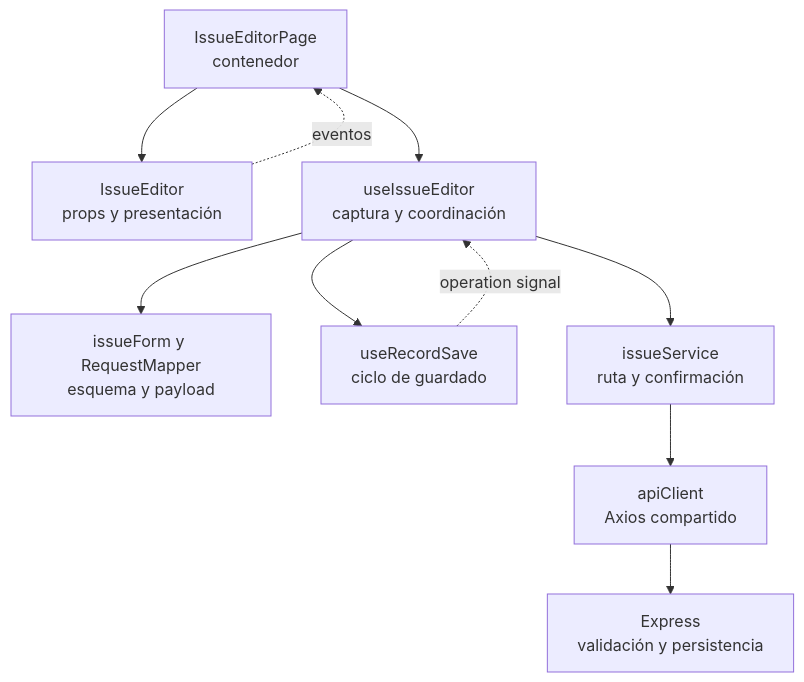
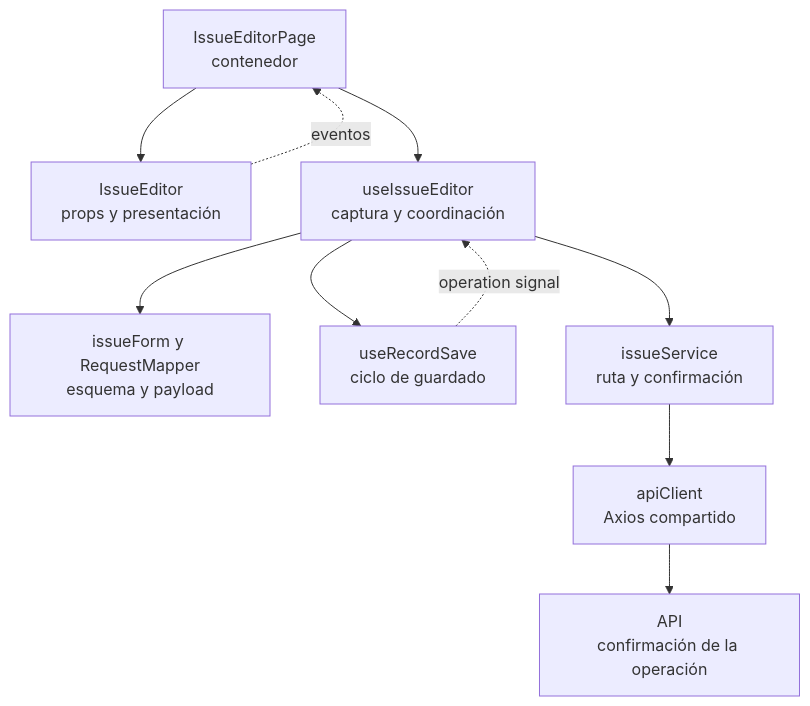
One commit to gpgsistemas01/nexus changed the first of 3 diagrams in front/docs/architecture/views/development/design-and-construction-patterns/08-document-responsibilities.md. Above: the diagram before and after it, drawn with Mermaid. The commit also changed other lines of this file and 37 other files, not shown here.

Commit message:
docs: depurar diagramas y conservar contratos propios del frontend

````diff
--- a/front/docs/architecture/views/development/design-and-construction-patterns/08-document-responsibilities.md
+++ b/front/docs/architecture/views/development/design-and-construction-patterns/08-document-responsibilities.md
@@ -57,12 +57,12 @@
 ```mermaid
 flowchart TB
     page["IssueEditorPage<br/>contenedor"] --> ui["IssueEditor<br/>props y presentación"]
     ui -.->|eventos| page
     page --> editor["useIssueEditor<br/>captura y coordinación"]
     editor --> rules["issueForm y RequestMapper<br/>esquema y payload"]
     editor --> save["useRecordSave<br/>ciclo de guardado"]
     save -.->|operation signal| editor
     editor --> service["issueService<br/>ruta y confirmación"]
     service --> http["apiClient<br/>Axios compartido"]
-    http --> api["Express<br/>validación y persistencia"]
+    http --> api["API<br/>confirmación de la operación"]
 ```
````
